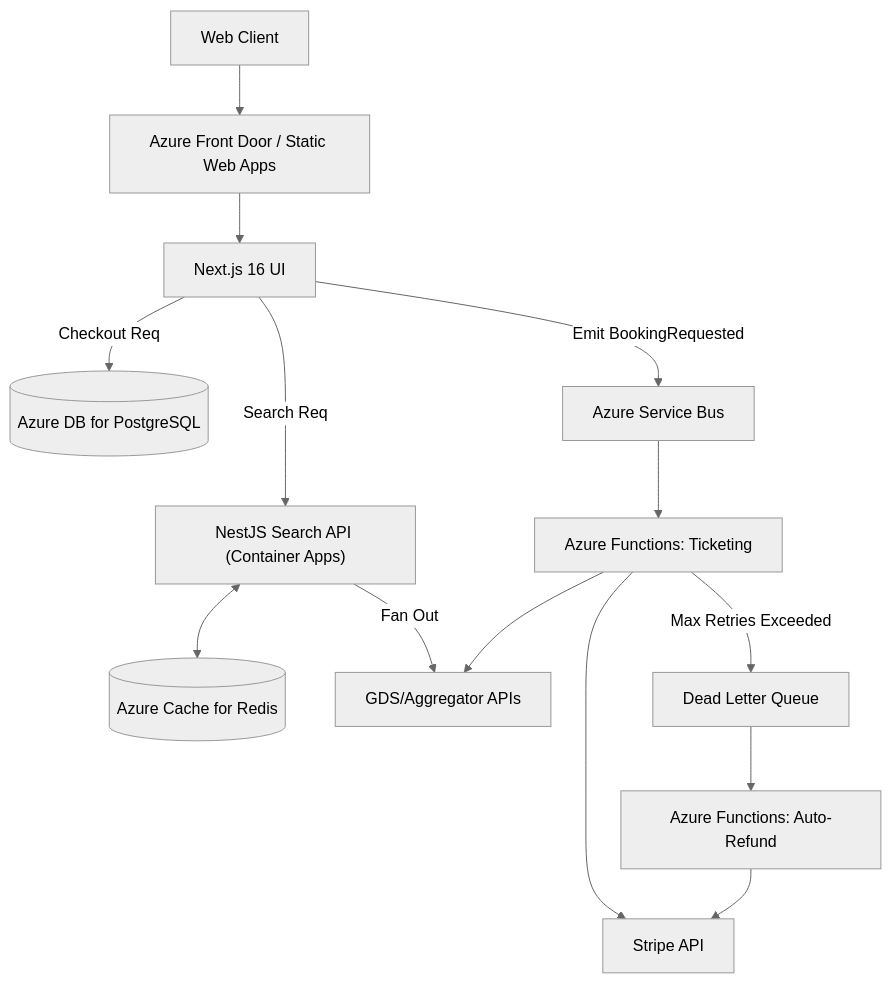
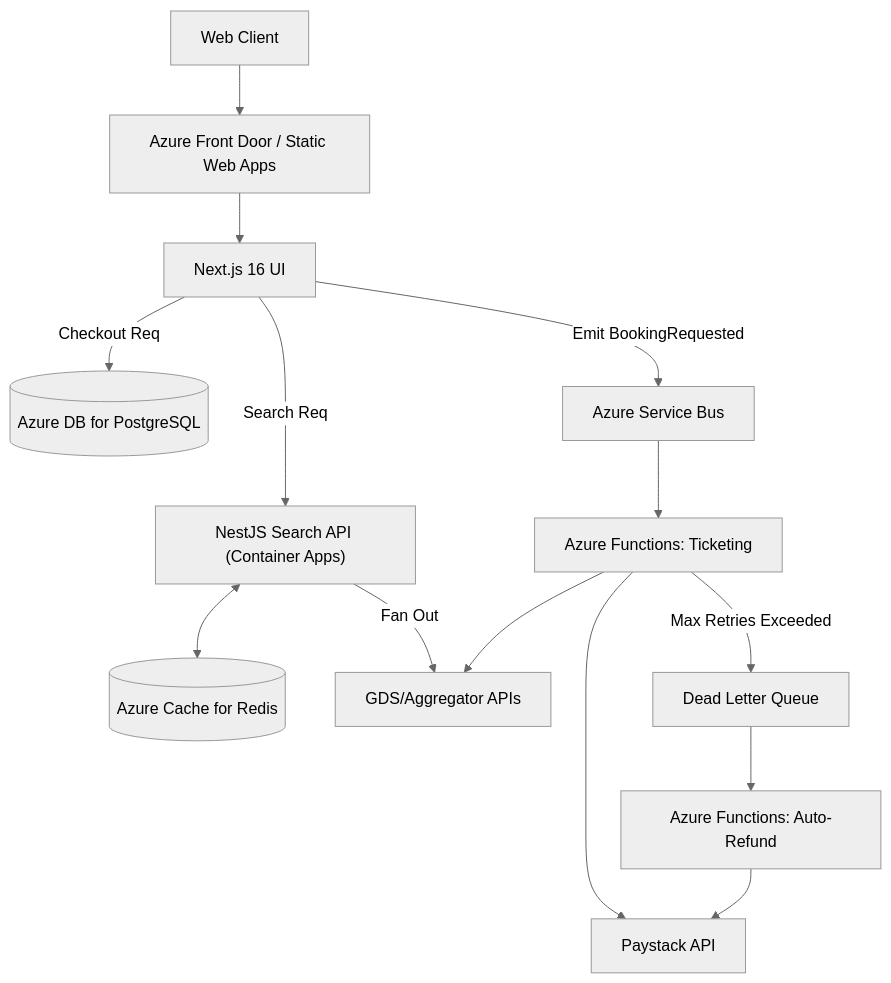
The first of 4 diagrams in CASE_STUDY.md (moses-Dera/master-trip), drawn with Mermaid (neutral theme) before and after one commit. The commit also changed other lines of this file and 2 other files, not shown here.

Commit message:
feat: migrate payment processing and architecture documentation from Stripe to Paystack

````diff
--- a/CASE_STUDY.md
+++ b/CASE_STUDY.md
@@ -42,24 +42,24 @@
 ```mermaid
 flowchart TD
     Client["Web Client"] --> CDN["Azure Front Door / Static Web Apps"]
     CDN --> NextJS["Next.js 16 UI"]
     
     %% Core Search Flow
     NextJS -- "Search Req" --> NestAPI["NestJS Search API (Container Apps)"]
     NestAPI <--> Redis[("Azure Cache for Redis")]
     NestAPI -- "Fan Out" --> GDS["GDS/Aggregator APIs"]
     
     %% Booking & Event Flow
     NextJS -- "Checkout Req" --> Postgres[("Azure DB for PostgreSQL")]
     NextJS -- "Emit BookingRequested" --> Queue["Azure Service Bus"]
     
     %% Async Workers & Failure Paths
     Queue --> TicketingWorker["Azure Functions: Ticketing"]
-    TicketingWorker --> Stripe["Stripe API"]
+    TicketingWorker --> Stripe["Paystack API"]
     TicketingWorker --> GDS
     
     %% Failure Boundary
     TicketingWorker -- "Max Retries Exceeded" --> DLQ["Dead Letter Queue"]
     DLQ --> RefundWorker["Azure Functions: Auto-Refund"]
     RefundWorker --> Stripe
 ```
````
